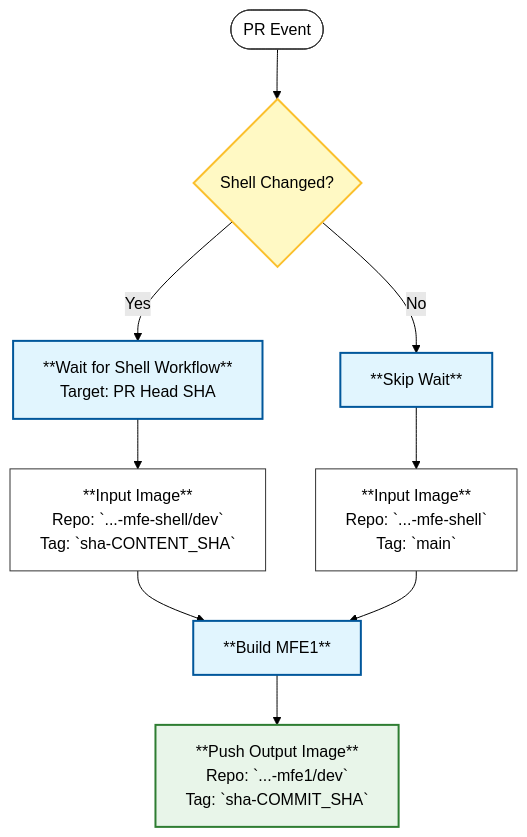
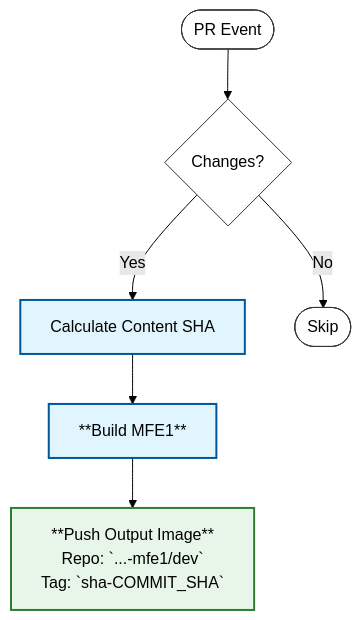
One commit to PolecatWorks/Mfe-shell changed the first of 5 diagrams in .github/WORKFLOW_LOGIC.md. Above: the diagram before and after it, drawn with Mermaid (forest theme). The commit also changed other lines of this file and 18 other files, not shown here.

````diff
--- a/.github/WORKFLOW_LOGIC.md
+++ b/.github/WORKFLOW_LOGIC.md
@@ -11,27 +11,18 @@
 ```mermaid
 flowchart TD
-    Start([PR Event]) --> CheckPaths{Shell Changed?}
+    Start([PR Event]) --> CheckPaths{Changes?}
 
-    %% Decision: Wait or Skip
-    CheckPaths -->|Yes| WaitShell[**Wait for Shell Workflow**<br/>Target: PR Head SHA]
-    CheckPaths -->|No| SkipWait[**Skip Wait**]
+    CheckPaths -->|Yes| CalcSHA[Calculate Content SHA]
+    CheckPaths -->|No| Skip([Skip])
 
-    %% Input Image Selection
-    WaitShell --> UseDevInput[**Input Image**<br/>Repo: `...-mfe-shell/dev`<br/>Tag: `sha-CONTENT_SHA`]
-    SkipWait --> UseMainInput[**Input Image**<br/>Repo: `...-mfe-shell`<br/>Tag: `main`]
-
-    %% Build & Output
-    UseDevInput --> Build[**Build MFE1**]
-    UseMainInput --> Build
+    CalcSHA --> Build[**Build MFE1**]
 
     Build --> Output[**Push Output Image**<br/>Repo: `...-mfe1/dev`<br/>Tag: `sha-COMMIT_SHA`]
 
     classDef default fill:#fff,stroke:#333,stroke-width:1px;
     classDef action fill:#e1f5fe,stroke:#01579b,stroke-width:2px;
-    classDef decision fill:#fff9c4,stroke:#fbc02d,stroke-width:2px;
     classDef output fill:#e8f5e9,stroke:#2e7d32,stroke-width:2px;
 
-    class WaitShell,Build,SkipWait action;
-    class CheckPaths decision;
+    class CalcSHA,Build action;
     class Output output;
 ```
````
